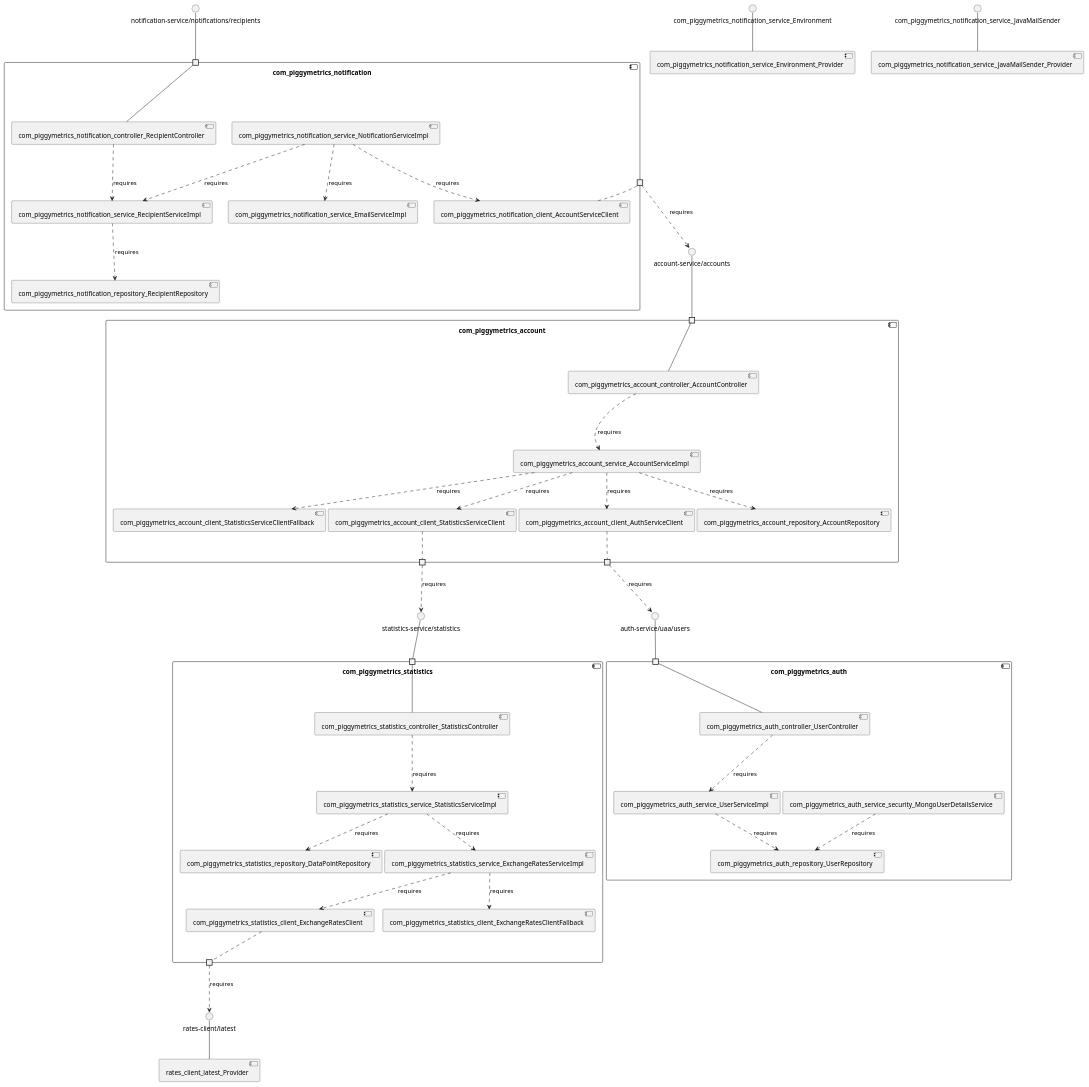
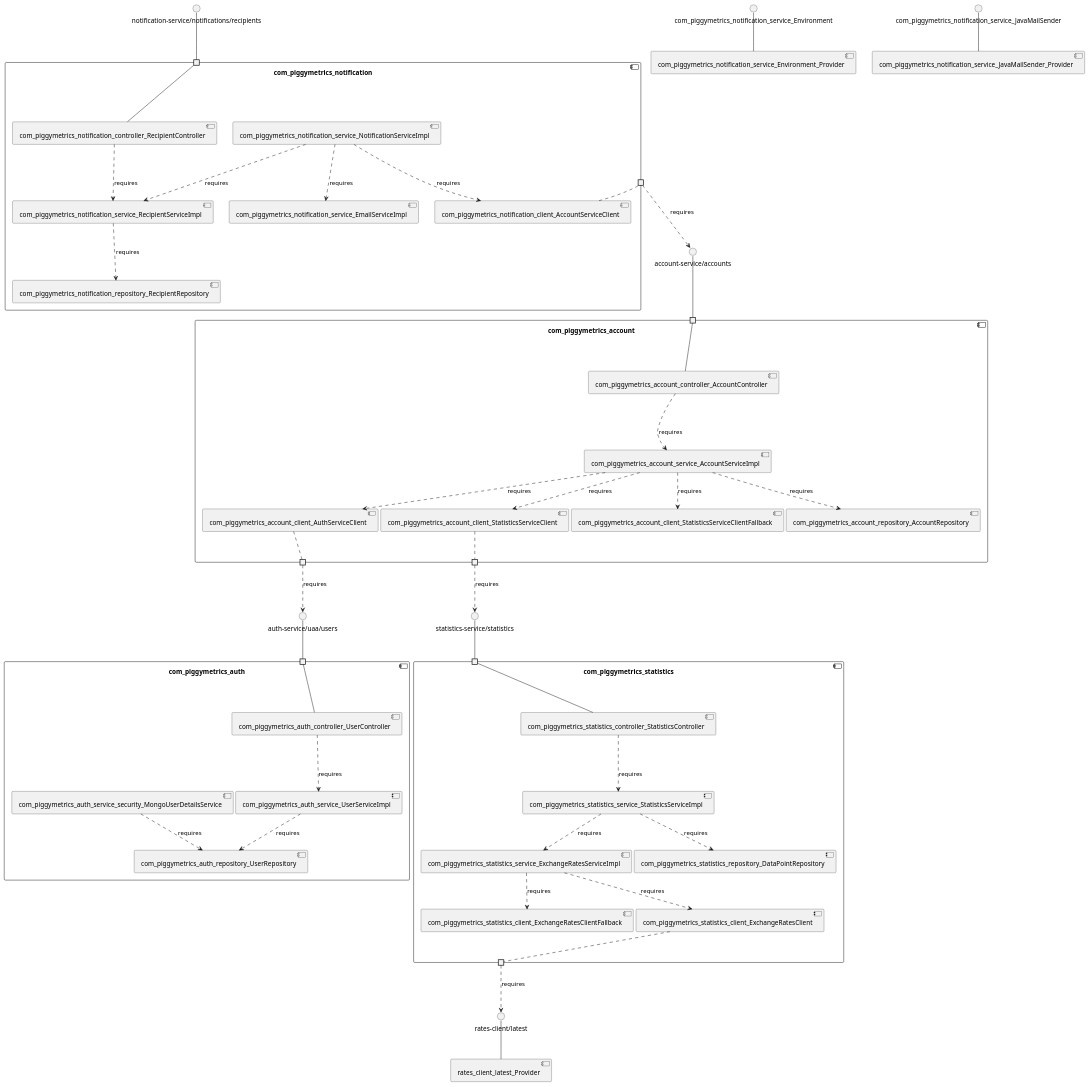
One commit to MSt-10/Palladio-ReverseEngineering-Benchmark changed the diagram in sqshq-piggymetrics/model_re/uml/componentDiagram.puml. Above: the diagram before and after it, drawn with PlantUML. The commit also changed other lines of this file and 286 other files, not shown here.

```diff
--- a/sqshq-piggymetrics/model_re/uml/componentDiagram.puml
+++ b/sqshq-piggymetrics/model_re/uml/componentDiagram.puml
@@ -1,91 +1,91 @@
 @startuml
 skinparam fixCircleLabelOverlapping true
 skinparam componentStyle uml2
 component "com_piggymetrics_account\n\n\n\n\n\n" {
+[com_piggymetrics_account_service_AccountServiceImpl]
 [com_piggymetrics_account_repository_AccountRepository]
+[com_piggymetrics_account_client_StatisticsServiceClient]
+[com_piggymetrics_account_client_AuthServiceClient]
+[com_piggymetrics_account_client_StatisticsServiceClientFallback]
 [com_piggymetrics_account_controller_AccountController]
-[com_piggymetrics_account_service_AccountServiceImpl]
-[com_piggymetrics_account_client_StatisticsServiceClientFallback]
-[com_piggymetrics_account_client_AuthServiceClient]
-[com_piggymetrics_account_client_StatisticsServiceClient]
 portin " " as com_piggymetrics_account_requires_account_service_accounts
+portout " " as com_piggymetrics_account_provides_auth_service_uaa_users
 portout " " as com_piggymetrics_account_provides_statistics_service_statistics
-portout " " as com_piggymetrics_account_provides_auth_service_uaa_users
 [com_piggymetrics_account_service_AccountServiceImpl]..>[com_piggymetrics_account_client_AuthServiceClient] : requires
 [com_piggymetrics_account_service_AccountServiceImpl]..>[com_piggymetrics_account_client_StatisticsServiceClientFallback] : requires
-[com_piggymetrics_account_service_AccountServiceImpl]..>[com_piggymetrics_account_client_StatisticsServiceClient] : requires
 [com_piggymetrics_account_controller_AccountController]..>[com_piggymetrics_account_service_AccountServiceImpl] : requires
 [com_piggymetrics_account_service_AccountServiceImpl]..>[com_piggymetrics_account_repository_AccountRepository] : requires
+[com_piggymetrics_account_service_AccountServiceImpl]..>[com_piggymetrics_account_client_StatisticsServiceClient] : requires
 "com_piggymetrics_account_requires_account_service_accounts"--[com_piggymetrics_account_controller_AccountController]
 [com_piggymetrics_account_client_StatisticsServiceClient].."com_piggymetrics_account_provides_statistics_service_statistics"
 [com_piggymetrics_account_client_AuthServiceClient].."com_piggymetrics_account_provides_auth_service_uaa_users"
 }
 interface "account-service/accounts" as interface.account_service_accounts
 interface.account_service_accounts--"com_piggymetrics_account_requires_account_service_accounts"
 interface "auth-service/uaa/users" as interface.auth_service_uaa_users
 "com_piggymetrics_account_provides_auth_service_uaa_users"..>interface.auth_service_uaa_users : requires
 interface "statistics-service/statistics" as interface.statistics_service_statistics
 "com_piggymetrics_account_provides_statistics_service_statistics"..>interface.statistics_service_statistics : requires
 component "com_piggymetrics_auth\n\n\n\n\n\n" {
-[com_piggymetrics_auth_controller_UserController]
+[com_piggymetrics_auth_service_security_MongoUserDetailsService]
 [com_piggymetrics_auth_repository_UserRepository]
 [com_piggymetrics_auth_service_UserServiceImpl]
-[com_piggymetrics_auth_service_security_MongoUserDetailsService]
+[com_piggymetrics_auth_controller_UserController]
 portin " " as com_piggymetrics_auth_requires_auth_service_uaa_users
+[com_piggymetrics_auth_service_security_MongoUserDetailsService]..>[com_piggymetrics_auth_repository_UserRepository] : requires
 [com_piggymetrics_auth_controller_UserController]..>[com_piggymetrics_auth_service_UserServiceImpl] : requires
 [com_piggymetrics_auth_service_UserServiceImpl]..>[com_piggymetrics_auth_repository_UserRepository] : requires
-[com_piggymetrics_auth_service_security_MongoUserDetailsService]..>[com_piggymetrics_auth_repository_UserRepository] : requires
 "com_piggymetrics_auth_requires_auth_service_uaa_users"--[com_piggymetrics_auth_controller_UserController]
 }
 interface "auth-service/uaa/users" as interface.auth_service_uaa_users
 interface.auth_service_uaa_users--"com_piggymetrics_auth_requires_auth_service_uaa_users"
 component "com_piggymetrics_notification\n\n\n\n\n\n" {
+[com_piggymetrics_notification_client_AccountServiceClient]
 [com_piggymetrics_notification_service_NotificationServiceImpl]
-[com_piggymetrics_notification_client_AccountServiceClient]
 [com_piggymetrics_notification_controller_RecipientController]
 [com_piggymetrics_notification_service_EmailServiceImpl]
+[com_piggymetrics_notification_repository_RecipientRepository]
 [com_piggymetrics_notification_service_RecipientServiceImpl]
-[com_piggymetrics_notification_repository_RecipientRepository]
 portin " " as com_piggymetrics_notification_requires_notification_service_notifications_recipients
 portout " " as com_piggymetrics_notification_provides_account_service_accounts
-[com_piggymetrics_notification_service_NotificationServiceImpl]..>[com_piggymetrics_notification_service_RecipientServiceImpl] : requires
 [com_piggymetrics_notification_service_NotificationServiceImpl]..>[com_piggymetrics_notification_service_EmailServiceImpl] : requires
+[com_piggymetrics_notification_service_RecipientServiceImpl]..>[com_piggymetrics_notification_repository_RecipientRepository] : requires
 [com_piggymetrics_notification_controller_RecipientController]..>[com_piggymetrics_notification_service_RecipientServiceImpl] : requires
 [com_piggymetrics_notification_service_NotificationServiceImpl]..>[com_piggymetrics_notification_client_AccountServiceClient] : requires
-[com_piggymetrics_notification_service_RecipientServiceImpl]..>[com_piggymetrics_notification_repository_RecipientRepository] : requires
+[com_piggymetrics_notification_service_NotificationServiceImpl]..>[com_piggymetrics_notification_service_RecipientServiceImpl] : requires
 "com_piggymetrics_notification_requires_notification_service_notifications_recipients"--[com_piggymetrics_notification_controller_RecipientController]
 [com_piggymetrics_notification_client_AccountServiceClient].."com_piggymetrics_notification_provides_account_service_accounts"
 }
 interface "notification-service/notifications/recipients" as interface.notification_service_notifications_recipients
 interface.notification_service_notifications_recipients--"com_piggymetrics_notification_requires_notification_service_notifications_recipients"
 interface "account-service/accounts" as interface.account_service_accounts
 "com_piggymetrics_notification_provides_account_service_accounts"..>interface.account_service_accounts : requires
 component "com_piggymetrics_statistics\n\n\n\n\n\n" {
-[com_piggymetrics_statistics_service_ExchangeRatesServiceImpl]
+[com_piggymetrics_statistics_service_StatisticsServiceImpl]
+[com_piggymetrics_statistics_client_ExchangeRatesClient]
 [com_piggymetrics_statistics_repository_DataPointRepository]
 [com_piggymetrics_statistics_controller_StatisticsController]
 [com_piggymetrics_statistics_client_ExchangeRatesClientFallback]
-[com_piggymetrics_statistics_service_StatisticsServiceImpl]
-[com_piggymetrics_statistics_client_ExchangeRatesClient]
+[com_piggymetrics_statistics_service_ExchangeRatesServiceImpl]
 portin " " as com_piggymetrics_statistics_requires_statistics_service_statistics
 portout " " as com_piggymetrics_statistics_provides_rates_client_latest
+[com_piggymetrics_statistics_controller_StatisticsController]..>[com_piggymetrics_statistics_service_StatisticsServiceImpl] : requires
 [com_piggymetrics_statistics_service_ExchangeRatesServiceImpl]..>[com_piggymetrics_statistics_client_ExchangeRatesClient] : requires
-[com_piggymetrics_statistics_controller_StatisticsController]..>[com_piggymetrics_statistics_service_StatisticsServiceImpl] : requires
 [com_piggymetrics_statistics_service_StatisticsServiceImpl]..>[com_piggymetrics_statistics_service_ExchangeRatesServiceImpl] : requires
+[com_piggymetrics_statistics_service_StatisticsServiceImpl]..>[com_piggymetrics_statistics_repository_DataPointRepository] : requires
 [com_piggymetrics_statistics_service_ExchangeRatesServiceImpl]..>[com_piggymetrics_statistics_client_ExchangeRatesClientFallback] : requires
-[com_piggymetrics_statistics_service_StatisticsServiceImpl]..>[com_piggymetrics_statistics_repository_DataPointRepository] : requires
 "com_piggymetrics_statistics_requires_statistics_service_statistics"--[com_piggymetrics_statistics_controller_StatisticsController]
 [com_piggymetrics_statistics_client_ExchangeRatesClient].."com_piggymetrics_statistics_provides_rates_client_latest"
 }
 interface "statistics-service/statistics" as interface.statistics_service_statistics
 interface.statistics_service_statistics--"com_piggymetrics_statistics_requires_statistics_service_statistics"
 interface "rates-client/latest" as interface.rates_client_latest
 "com_piggymetrics_statistics_provides_rates_client_latest"..>interface.rates_client_latest : requires
 interface "com_piggymetrics_notification_service_Environment" as interface.com_piggymetrics_notification_service_Environment
 interface.com_piggymetrics_notification_service_Environment--[com_piggymetrics_notification_service_Environment_Provider]
 interface "com_piggymetrics_notification_service_JavaMailSender" as interface.com_piggymetrics_notification_service_JavaMailSender
 interface.com_piggymetrics_notification_service_JavaMailSender--[com_piggymetrics_notification_service_JavaMailSender_Provider]
 interface "rates-client/latest" as interface.rates_client_latest
 interface.rates_client_latest--[rates_client_latest_Provider]
 
 @enduml
```
